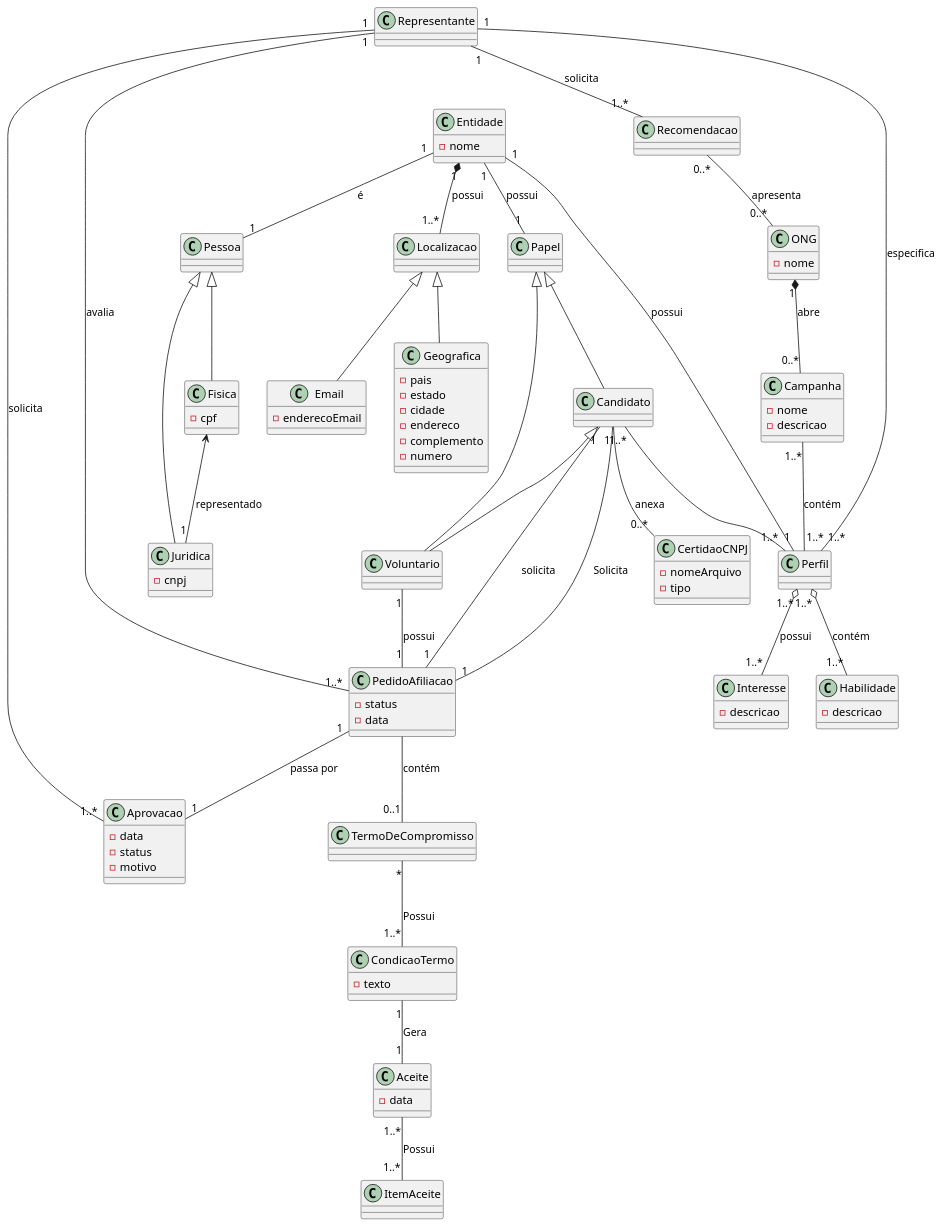
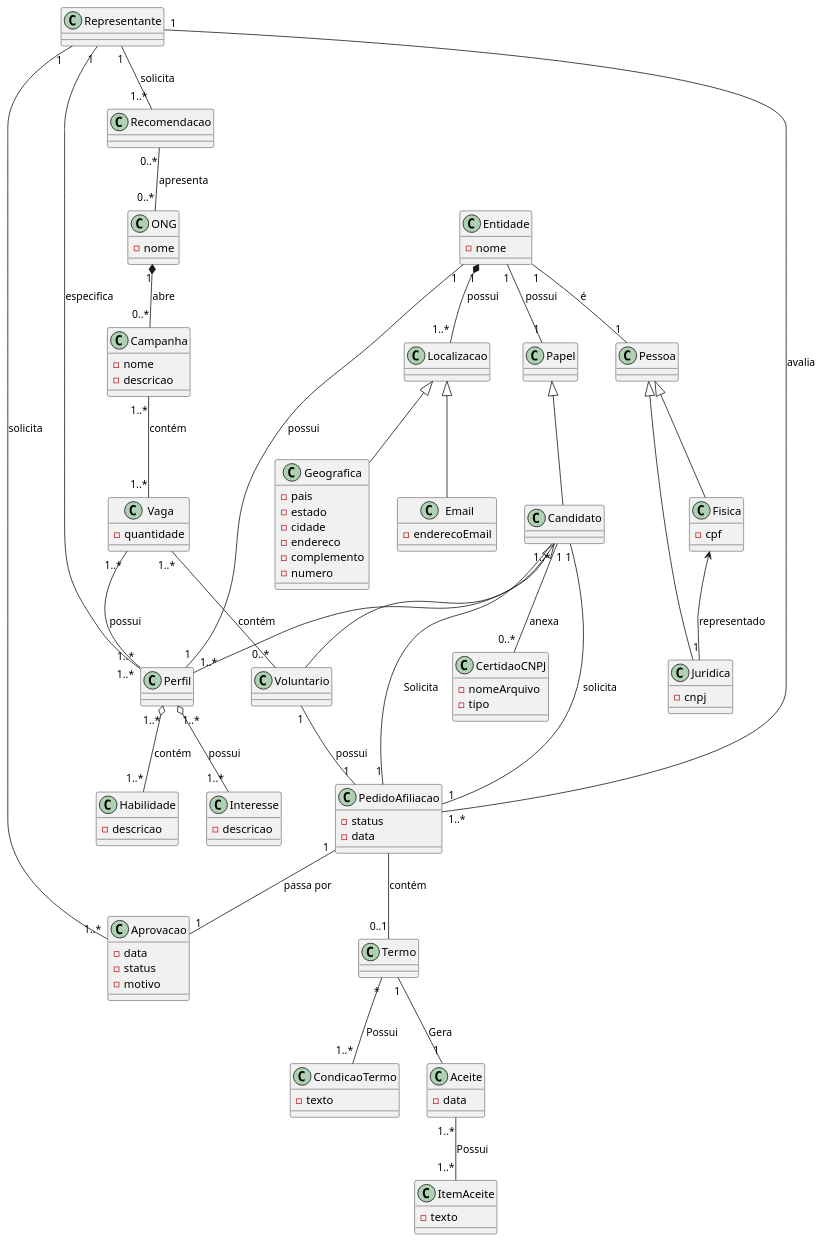
One commit to guisgiacomini/redeMaisSocialProjetoSoftware changed the diagram in docs/diagrama-de-classes-dominio-revisado/diagrama-dominio-revisado.puml. Above: the diagram before and after it, drawn with PlantUML.

Commit message:
Vagas de Campanhas e Perfil de Vagas - Diagrama de Dominio Revisado

```diff
--- a/docs/diagrama-de-classes-dominio-revisado/diagrama-dominio-revisado.puml
+++ b/docs/diagrama-de-classes-dominio-revisado/diagrama-dominio-revisado.puml
@@ -1,145 +1,152 @@
 @startuml
 
 class Entidade {
   -nome
+}
+
+class Vaga {
+ -quantidade
 }
 
 class Papel 
 
 class Pessoa
 
 class Fisica extends Pessoa {
   -cpf
 }
 
 class Juridica extends Pessoa{
   -cnpj
 }
 
 class Candidato extends Papel{
 }
 
 class ONG { 
     -nome
 }
 
-class Voluntario extends Papel, Candidato {
+class Voluntario extends Candidato {
 
 }
 
 class Campanha {
     -nome
     -descricao
 }
 
 
 class Perfil {
 
 }
 
 class Habilidade {
     -descricao
 }
 
 class Interesse {
     -descricao
 }
 
 class Representante {
     
 }
 
 class Email extends Localizacao{
     -enderecoEmail
 }
 
 class Localizacao {
 
 }
 
 class Geografica extends Localizacao{
     -pais
     -estado
     -cidade
     -endereco
     -complemento
     -numero
 }
 
 class Recomendacao {
 
 }
 
 class Aprovacao {
     -data
     -status
     -motivo
 }
 
 class CertidaoCNPJ {
     -nomeArquivo
     -tipo
 }
 
-class "TermoDeCompromisso" as Termo{
+class "Termo" as Termo{
 }
 
 class CondicaoTermo{
     -texto
 }
 
 class Aceite {
  -data
 }
 
 class ItemAceite {
- 
+ -texto
 }
 
 class PedidoAfiliacao {
     -status
     -data
 }
 
 Perfil "1..*" o-- "1..*" Habilidade: contém
 Perfil "1..*" o-- "1..*" Interesse: possui
 
 Entidade "1" -- "1" Papel: possui
 Entidade "1" -- "1" Pessoa: é
 
 Fisica <-- "1" Juridica: representado
 
 Candidato "1" -- "1" PedidoAfiliacao: solicita
 Candidato "1" -- "0..*" CertidaoCNPJ: anexa
 Candidato "1..*" -- "1..*" Perfil
 Candidato -- "1" PedidoAfiliacao: Solicita
 
 
 Entidade "1" -- "1" Perfil: possui
 Entidade "1" *-- "1..*" Localizacao: possui
 
 ONG "1" *-- "0..*" Campanha: abre
-Campanha "1..*" -- "1..*" Perfil: contém
+Campanha "1..*" -- "1..*" Vaga: contém
+
+Vaga "1..*" -- "1..*" Perfil: possui
+Vaga "1..*" -- "0..*" Voluntario: contém
 
 Representante "1" -- "1..*" PedidoAfiliacao: avalia
 Representante "1" -- "1..*" Aprovacao: solicita
 Representante "1" -- "1..*" Perfil: especifica
 Representante "1" -- "1..*" Recomendacao: solicita
 
 Recomendacao "0..*" -- "0..*" ONG: apresenta
 
 PedidoAfiliacao "1" -- "1" Aprovacao : "passa por"
 
 Voluntario "1" -- "1" PedidoAfiliacao: "possui"
 
 
 PedidoAfiliacao -- "0..1" Termo: contém
 
 Termo "*" -- "1..*" CondicaoTermo: Possui
 
-CondicaoTermo "1" -- "1" Aceite: Gera
+Termo "1" -- "1" Aceite: Gera
 
 Aceite "1..*" -- "1..*" ItemAceite: Possui
 
 
 @enduml
```
